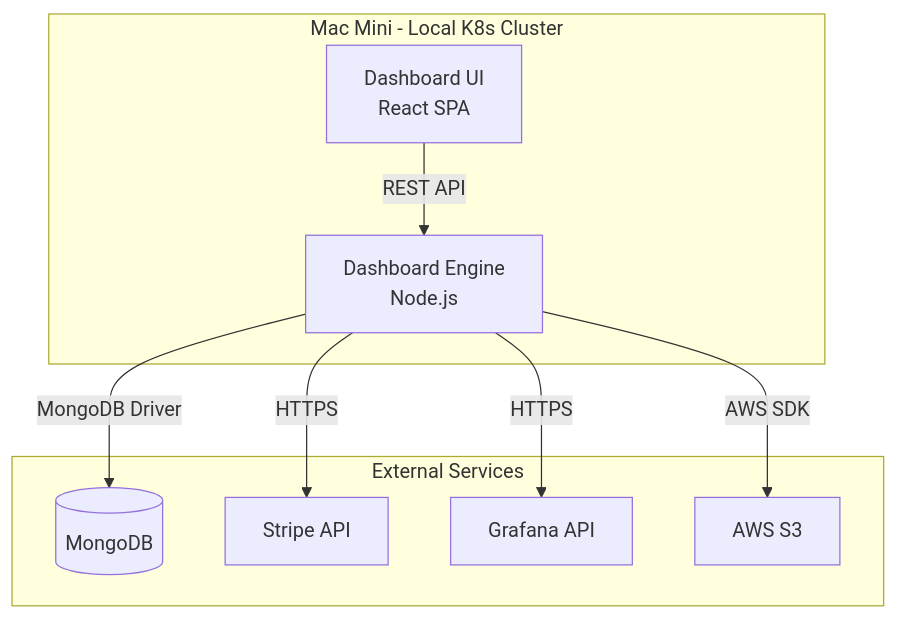
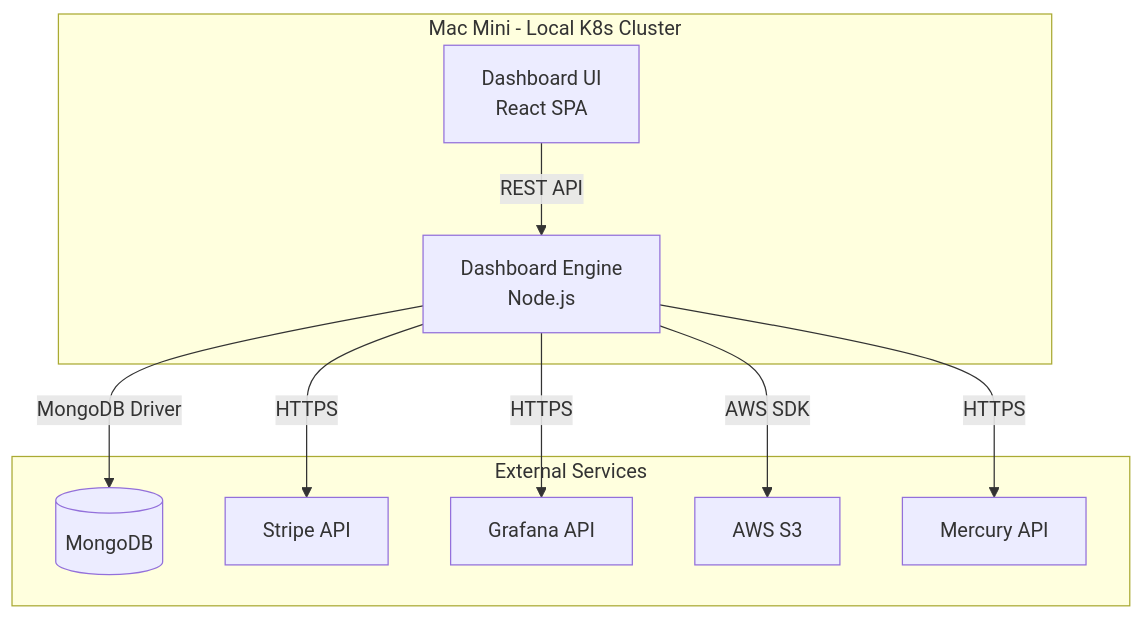
One commit to waffle-fry/ffm-dashboard changed the first of 3 diagrams in .kiro/specs/ops-dashboard/design.md. Above: the diagram before and after it, drawn with Mermaid. The commit also changed other lines of this file and 19 other files, not shown here.

````diff
--- a/.kiro/specs/ops-dashboard/design.md
+++ b/.kiro/specs/ops-dashboard/design.md
@@ -32,20 +32,22 @@
 ```mermaid
 graph TB
     subgraph "Mac Mini - Local K8s Cluster"
         UI[Dashboard UI<br/>React SPA]
         Engine[Dashboard Engine<br/>Node.js]
     end
 
     subgraph "External Services"
         Mongo[(MongoDB)]
         Stripe[Stripe API]
         Grafana[Grafana API]
         S3[AWS S3]
+        Mercury[Mercury API]
     end
 
     UI -->|REST API| Engine
     Engine -->|MongoDB Driver| Mongo
     Engine -->|HTTPS| Stripe
     Engine -->|HTTPS| Grafana
     Engine -->|AWS SDK| S3
+    Engine -->|HTTPS| Mercury
 ```
````
